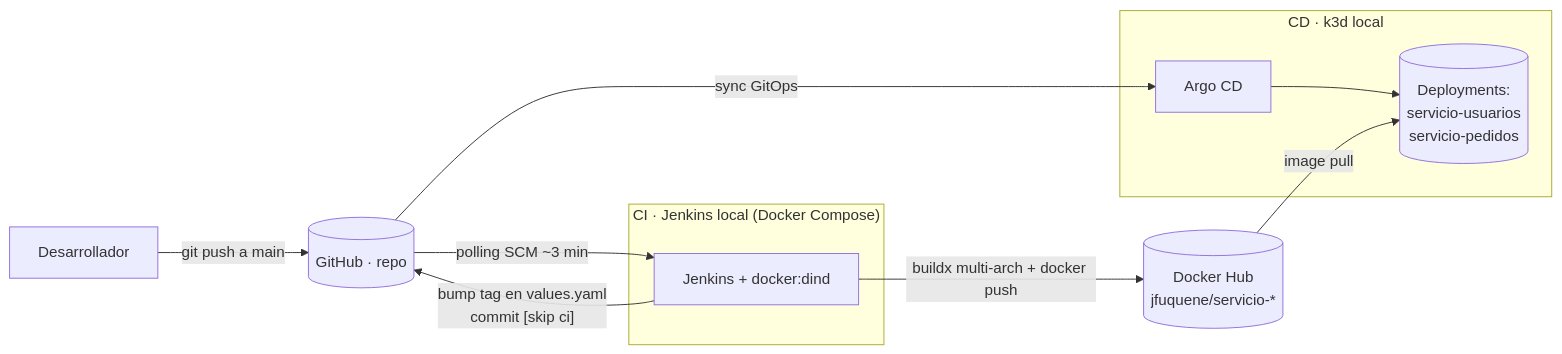
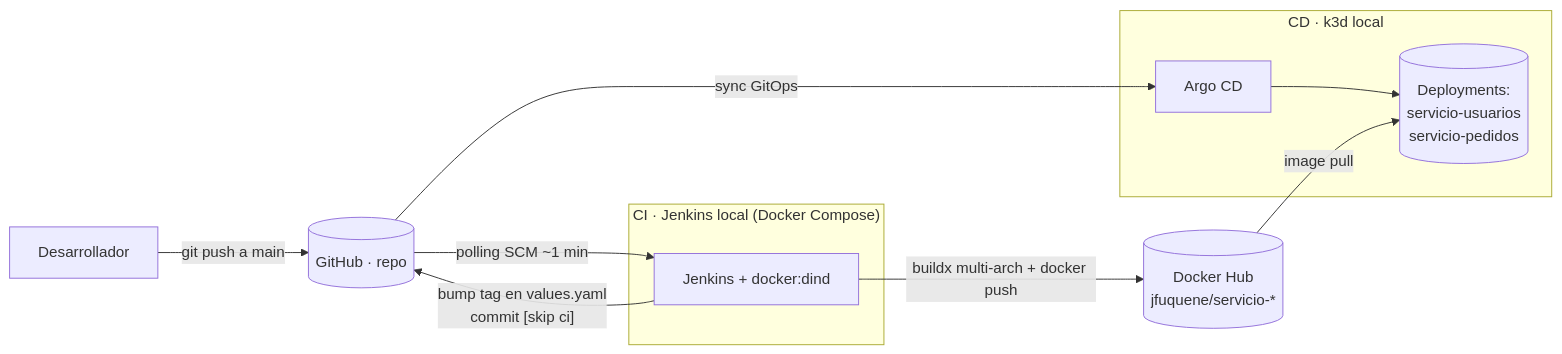
Before and after one commit to Topejuanse/microservico-actividad-3-diplomado-devops: the diagram in README.md, drawn with Mermaid. The commit also changed other lines of this file and 3 other files, not shown here.

````diff
--- a/README.md
+++ b/README.md
@@ -13,20 +13,20 @@
 ```mermaid
 flowchart LR
   dev[Desarrollador] -->|git push a main| gh[("GitHub · repo")]
 
   subgraph CI["CI · Jenkins local (Docker Compose)"]
     jk["Jenkins + docker:dind"]
   end
 
   subgraph CD["CD · k3d local"]
     argo[Argo CD]
     k8s[("Deployments:<br/>servicio-usuarios<br/>servicio-pedidos")]
     argo --> k8s
   end
 
-  gh -->|polling SCM ~3 min| jk
+  gh -->|polling SCM ~1 min| jk
   jk -->|"buildx multi-arch + docker push"| dh[("Docker Hub<br/>jfuquene/servicio-*")]
   jk -->|"bump tag en values.yaml<br/>commit [skip ci]"| gh
   gh -->|sync GitOps| argo
   dh -->|image pull| k8s
 ```
````
